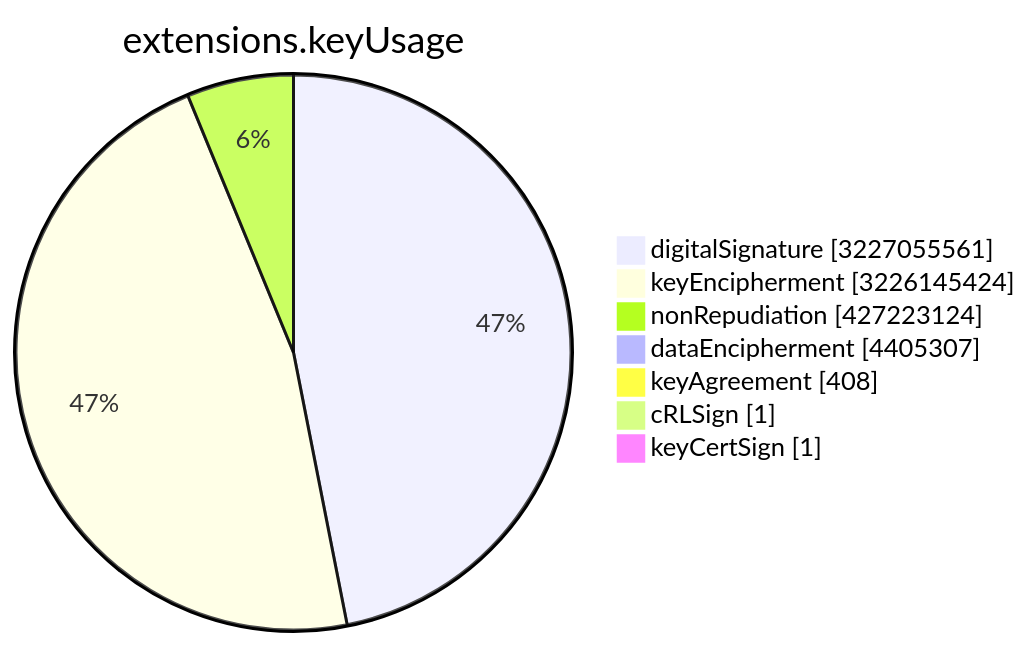
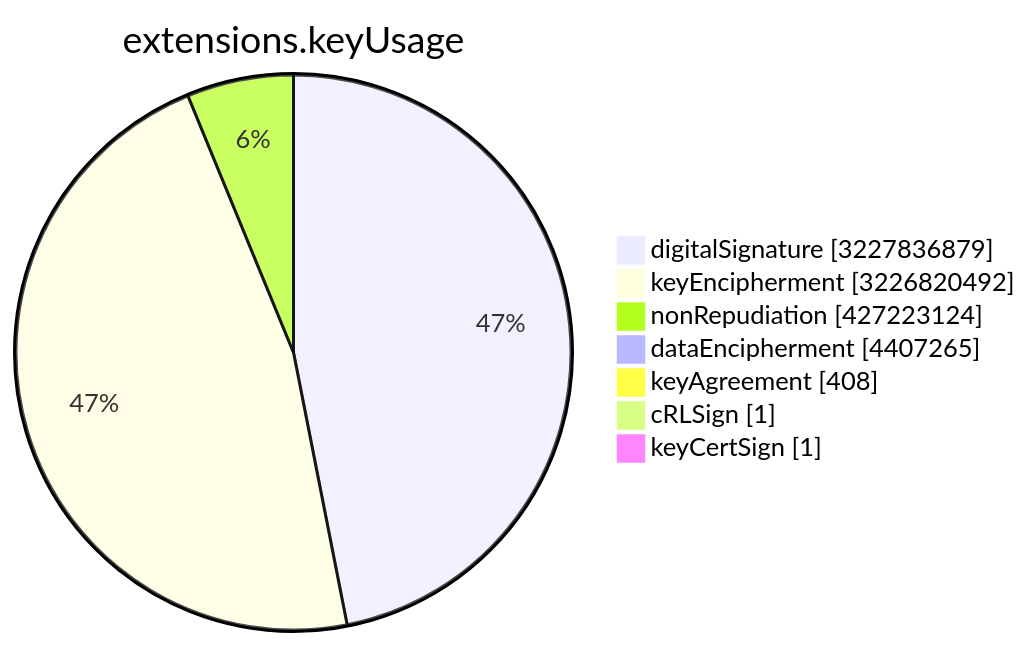
Before and after one commit to christiankrug/ctmonitor_visualization: the sixth of 15 diagrams in TOTAL/README.md, drawn with Mermaid. The commit also changed other lines of this file, not shown here.

````diff
--- a/TOTAL/README.md
+++ b/TOTAL/README.md
@@ -3077,11 +3077,11 @@
 ```mermaid
 pie showData
 title extensions.keyUsage
-"digitalSignature" :3227055561
-"keyEncipherment" :3226145424
+"digitalSignature" :3227836879
+"keyEncipherment" :3226820492
 "nonRepudiation" :427223124
-"dataEncipherment" :4405307
+"dataEncipherment" :4407265
 "keyAgreement" :408
 "cRLSign" :1
 "keyCertSign" :1
 ```
````
